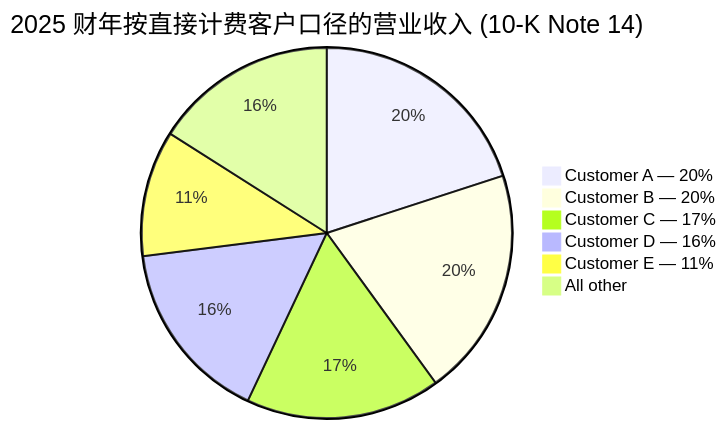
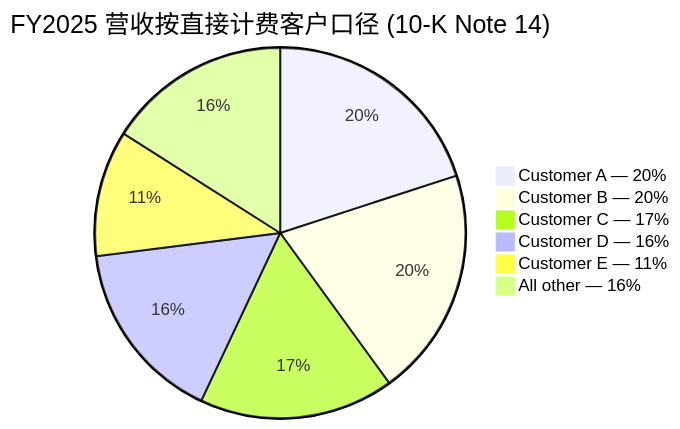
Before and after one commit to dadachundan/financial_agent: the third of 4 diagrams in reports/company/AsteraLabs_NASDAQ_ALAB/AsteraLabs_NASDAQ_ALAB_公司研究.md, drawn with Mermaid. The commit also changed other lines of this file and 10 other files, not shown here.

Commit message:
feat(company-research): refresh Astera Labs (ALAB) — decision layer + full chart suite; fix fabricated SEC URLs

````diff
--- a/reports/company/AsteraLabs_NASDAQ_ALAB/AsteraLabs_NASDAQ_ALAB_公司研究.md
+++ b/reports/company/AsteraLabs_NASDAQ_ALAB/AsteraLabs_NASDAQ_ALAB_公司研究.md
@@ -216,9 +579,9 @@
 ```mermaid
-pie title 2025 财年按直接计费客户口径的营业收入 (10-K Note 14)
+pie title FY2025 营收按直接计费客户口径 (10-K Note 14)
     "Customer A — 20%" : 20
     "Customer B — 20%" : 20
     "Customer C — 17%" : 17
     "Customer D — 16%" : 16
     "Customer E — 11%" : 11
-    "All other" : 16
+    "All other — 16%" : 16
 ```
````
